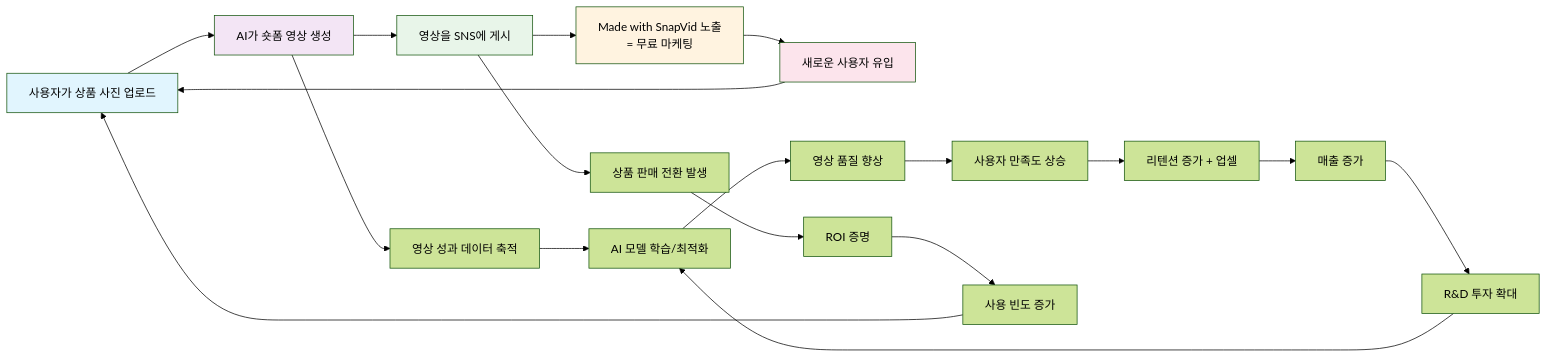
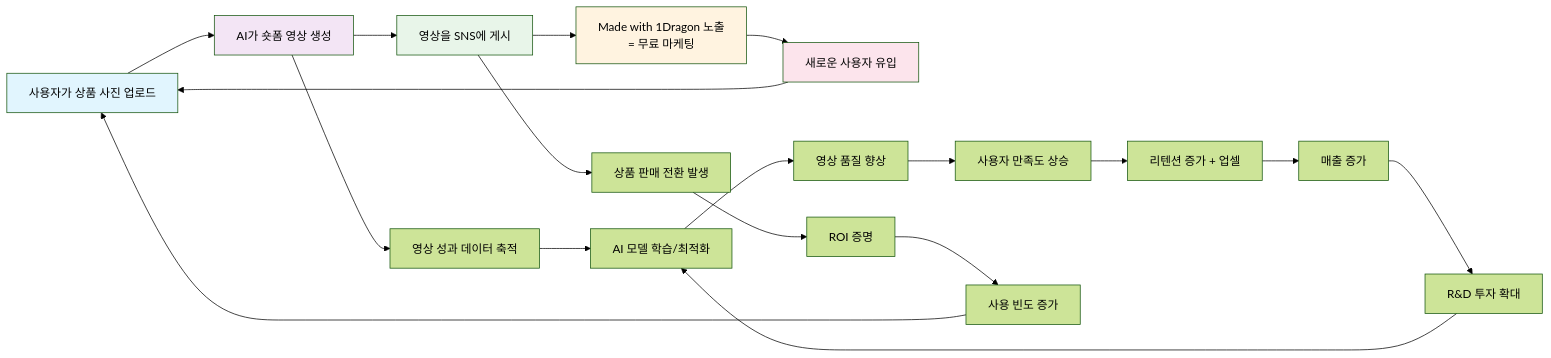
The second of 3 diagrams in docs/02-strategy/BUSINESS_MODEL.md (inchan/1dragon), drawn with Mermaid (forest theme) before and after one commit. The commit also changed other lines of this file and 182 other files, not shown here.

````diff
--- a/docs/02-strategy/BUSINESS_MODEL.md
+++ b/docs/02-strategy/BUSINESS_MODEL.md
@@ -323,28 +323,28 @@
 ```mermaid
 graph LR
     A[사용자가 상품 사진 업로드] --> B[AI가 숏폼 영상 생성]
     B --> C[영상을 SNS에 게시]
-    C --> D["Made with SnapVid" 노출<br/>= 무료 마케팅]
+    C --> D["Made with 1Dragon" 노출<br/>= 무료 마케팅]
     D --> E[새로운 사용자 유입]
     E --> A
 
     B --> F[영상 성과 데이터 축적]
     F --> G[AI 모델 학습/최적화]
     G --> H[영상 품질 향상]
     H --> I[사용자 만족도 상승]
     I --> J[리텐션 증가 + 업셀]
     J --> K[매출 증가]
     K --> L[R&D 투자 확대]
     L --> G
 
     C --> M[상품 판매 전환 발생]
     M --> N[ROI 증명]
     N --> O[사용 빈도 증가]
     O --> A
 
     style A fill:#e1f5fe
     style B fill:#f3e5f5
     style C fill:#e8f5e9
     style D fill:#fff3e0
     style E fill:#fce4ec
 ```
````
